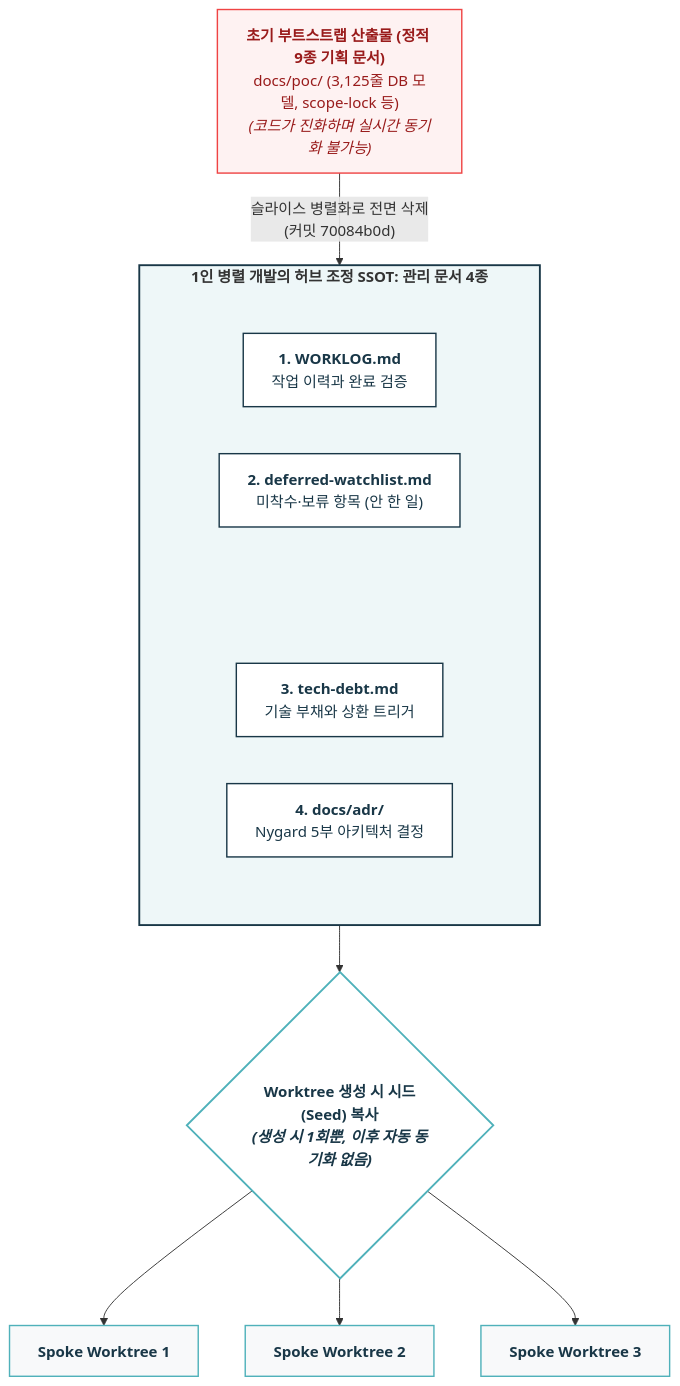
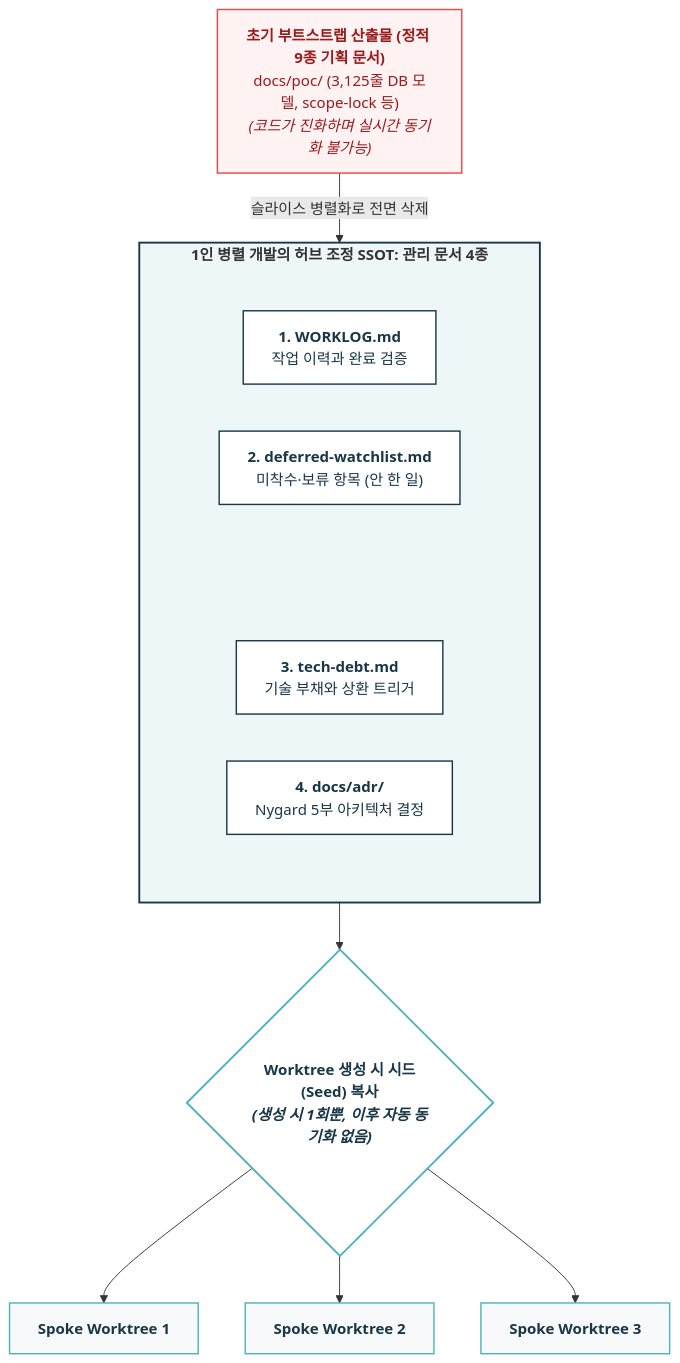
Before and after one commit to tomato-vault/tomato-vault.github.io: the first of 3 diagrams in _posts/tech/ai-agent-architecture/6 에이전트가 기억상실증입니다만, 문제라도?.md, drawn with Mermaid. The commit also changed other lines of this file and 36 other files, not shown here.

````diff
--- a/_posts/tech/ai-agent-architecture/6 에이전트가 기억상실증입니다만, 문제라도?.md
+++ b/_posts/tech/ai-agent-architecture/6 에이전트가 기억상실증입니다만, 문제라도?.md
@@ -32,35 +32,35 @@
 ```mermaid
 flowchart TD
     classDef old fill:#fef2f2,stroke:#ef4444,stroke-width:1.5px,color:#991b1b
     classDef ledger fill:#ffffff,stroke:#193747,stroke-width:1.5px,color:#193747
     classDef gate fill:#fff,stroke:#4fb1ba,stroke-width:2px,color:#193747,font-weight:bold
     classDef spoke fill:#f8f9fa,stroke:#4fb1ba,stroke-width:1.5px,color:#193747
 
     OLD["<b>초기 부트스트랩 산출물 (정적 9종 기획 문서)</b><br/>docs/poc/ (3,125줄 DB 모델, scope-lock 등)<br/><i>(코드가 진화하며 실시간 동기화 불가능)</i>"]:::old
 
-    OLD -->|"슬라이스 병렬화로 전면 삭제<br/>(커밋 70084b0d)"| HUB_BOX
+    OLD -->|"슬라이스 병렬화로 전면 삭제"| HUB_BOX
 
     subgraph HUB_BOX["<b>1인 병렬 개발의 허브 조정 SSOT: 관리 문서 4종</b>"]
         direction TB
         subgraph ROW1[" "]
             direction LR
             L1["<b>1. WORKLOG.md</b><br/>작업 이력과 완료 검증"]:::ledger
             L2["<b>2. deferred-watchlist.md</b><br/>미착수·보류 항목 (안 한 일)"]:::ledger
         end
         subgraph ROW2[" "]
             direction LR
             L3["<b>3. tech-debt.md</b><br/>기술 부채와 상환 트리거"]:::ledger
             L4["<b>4. docs/adr/</b><br/>Nygard 5부 아키텍처 결정"]:::ledger
         end
         ROW1 ~~~ ROW2
     end
     style HUB_BOX fill:#eef7f8,stroke:#193747,stroke-width:2px
     style ROW1 fill:none,stroke:none
     style ROW2 fill:none,stroke:none
 
     HUB_BOX --> GATE{"<b>Worktree 생성 시 시드(Seed) 복사</b><br/><i>(생성 시 1회뿐, 이후 자동 동기화 없음)</i>"}:::gate
 
     GATE --> S1["<b>Spoke Worktree 1</b>"]:::spoke
     GATE --> S2["<b>Spoke Worktree 2</b>"]:::spoke
     GATE --> S3["<b>Spoke Worktree 3</b>"]:::spoke
 ```
````
